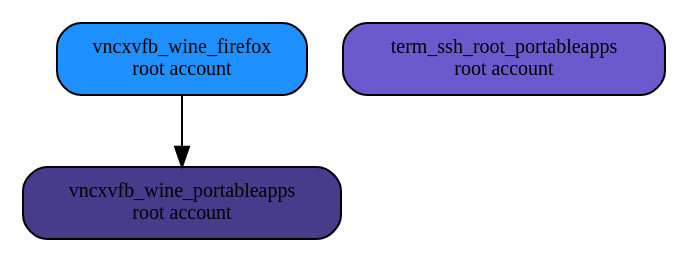
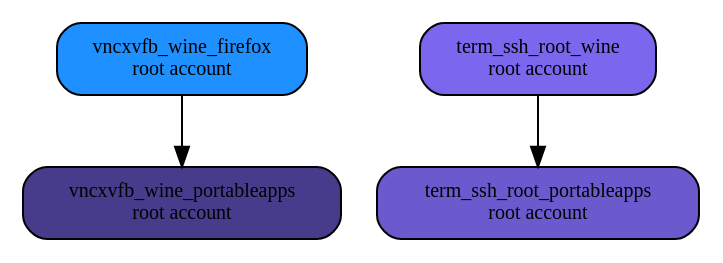
The diagram in graph3.dot (marchandd/docker_index), drawn with Graphviz before and after one commit. The commit also changed 4 other files, not shown here.

```diff
--- a/graph3.dot
+++ b/graph3.dot
@@ -1,7 +1,9 @@
 digraph docker
 {
  "vncxvfb_wine_firefox" [label="vncxvfb_wine_firefox\nroot account",shape=box,fillcolor="dodgerblue",style="filled,rounded", fontsize="10.0"];
  "vncxvfb_wine_portableapps" [label="vncxvfb_wine_portableapps\nroot account",shape=box,fillcolor="slateblue4",style="filled,rounded", fontsize="10.0"];
+ "term_ssh_root_wine" [label="term_ssh_root_wine\nroot account",shape=box,fillcolor="slateblue2",style="filled,rounded", fontsize="10.0"];
  "term_ssh_root_portableapps" [label="term_ssh_root_portableapps\nroot account",shape=box,fillcolor="slateblue",style="filled,rounded", fontsize="10.0"];
  "vncxvfb_wine_firefox" -> "vncxvfb_wine_portableapps";
+ "term_ssh_root_wine" -> "term_ssh_root_portableapps";
 }
```
